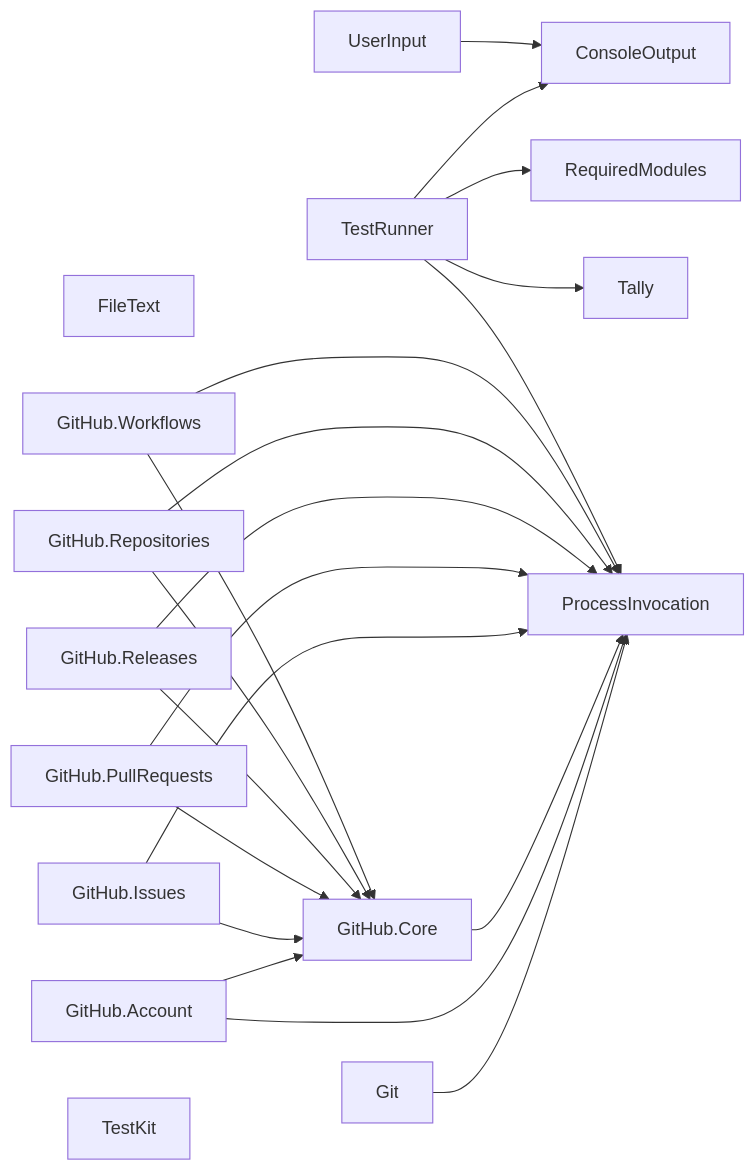
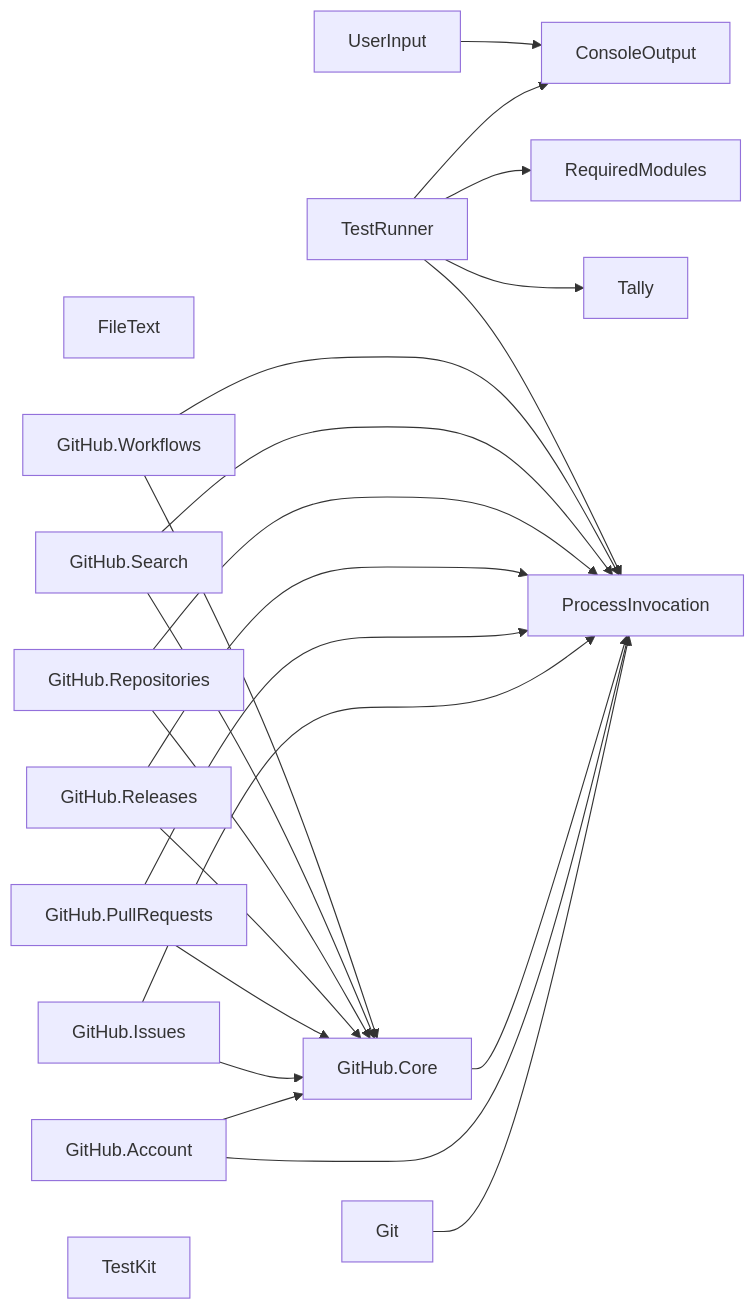
Before and after one commit to TaffarelJr/powershell-modules: the diagram in README.md, drawn with Mermaid. The commit also changed other lines of this file and 10 other files, not shown here.

First line of the commit message:
feat: add the TaffarelJr.GitHub.Search module

````diff
--- a/README.md
+++ b/README.md
@@ -39,39 +40,42 @@
 ```mermaid
 graph LR
     ConsoleOutput["ConsoleOutput"]
     FileText["FileText"]
     Git["Git"]
     GitHubAccount["GitHub.Account"]
     GitHubCore["GitHub.Core"]
     GitHubIssues["GitHub.Issues"]
     GitHubPullRequests["GitHub.PullRequests"]
     GitHubReleases["GitHub.Releases"]
     GitHubRepositories["GitHub.Repositories"]
+    GitHubSearch["GitHub.Search"]
     GitHubWorkflows["GitHub.Workflows"]
     ProcessInvocation["ProcessInvocation"]
     RequiredModules["RequiredModules"]
     Tally["Tally"]
     TestKit["TestKit"]
     TestRunner["TestRunner"]
     UserInput["UserInput"]
 
     Git --> ProcessInvocation
     GitHubAccount --> GitHubCore
     GitHubAccount --> ProcessInvocation
     GitHubCore --> ProcessInvocation
     GitHubIssues --> GitHubCore
     GitHubIssues --> ProcessInvocation
     GitHubPullRequests --> GitHubCore
     GitHubPullRequests --> ProcessInvocation
     GitHubReleases --> GitHubCore
     GitHubReleases --> ProcessInvocation
     GitHubRepositories --> GitHubCore
     GitHubRepositories --> ProcessInvocation
+    GitHubSearch --> GitHubCore
+    GitHubSearch --> ProcessInvocation
     GitHubWorkflows --> GitHubCore
     GitHubWorkflows --> ProcessInvocation
     TestRunner --> ConsoleOutput
     TestRunner --> ProcessInvocation
     TestRunner --> RequiredModules
     TestRunner --> Tally
     UserInput --> ConsoleOutput
 ```
````
